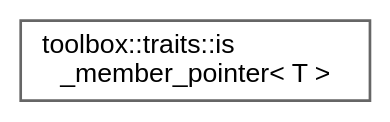
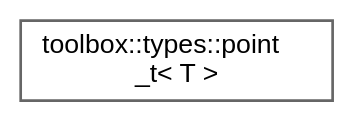
The diagram in inherit_graph_56.dot (nerdneilsfield/cpp-toolbox), drawn with Graphviz before and after one commit. The commit also changed 329 other files, not shown here.

```diff
--- a/inherit_graph_56.dot
+++ b/inherit_graph_56.dot
@@ -1,9 +1,9 @@
 digraph "Graphical Class Hierarchy"
 {
  // LATEX_PDF_SIZE
   bgcolor="transparent";
   edge [fontname=Helvetica,fontsize=10,labelfontname=Helvetica,labelfontsize=10];
   node [fontname=Helvetica,fontsize=10,shape=box,height=0.2,width=0.4];
   rankdir="LR";
-  Node0 [id="Node000000",label="toolbox::traits::is\l_member_pointer\< T \>",height=0.2,width=0.4,color="grey40", fillcolor="white", style="filled",URL="$structtoolbox_1_1traits_1_1is__member__pointer.html",tooltip="检查类型是否为成员指针/Check if type is a member pointer"];
+  Node0 [id="Node000000",label="toolbox::types::point\l_t\< T \>",height=0.2,width=0.4,color="grey40", fillcolor="white", style="filled",URL="$structtoolbox_1_1types_1_1point__t.html",tooltip="3D点/向量模板类 / A 3D point/vector template class"];
 }
```
